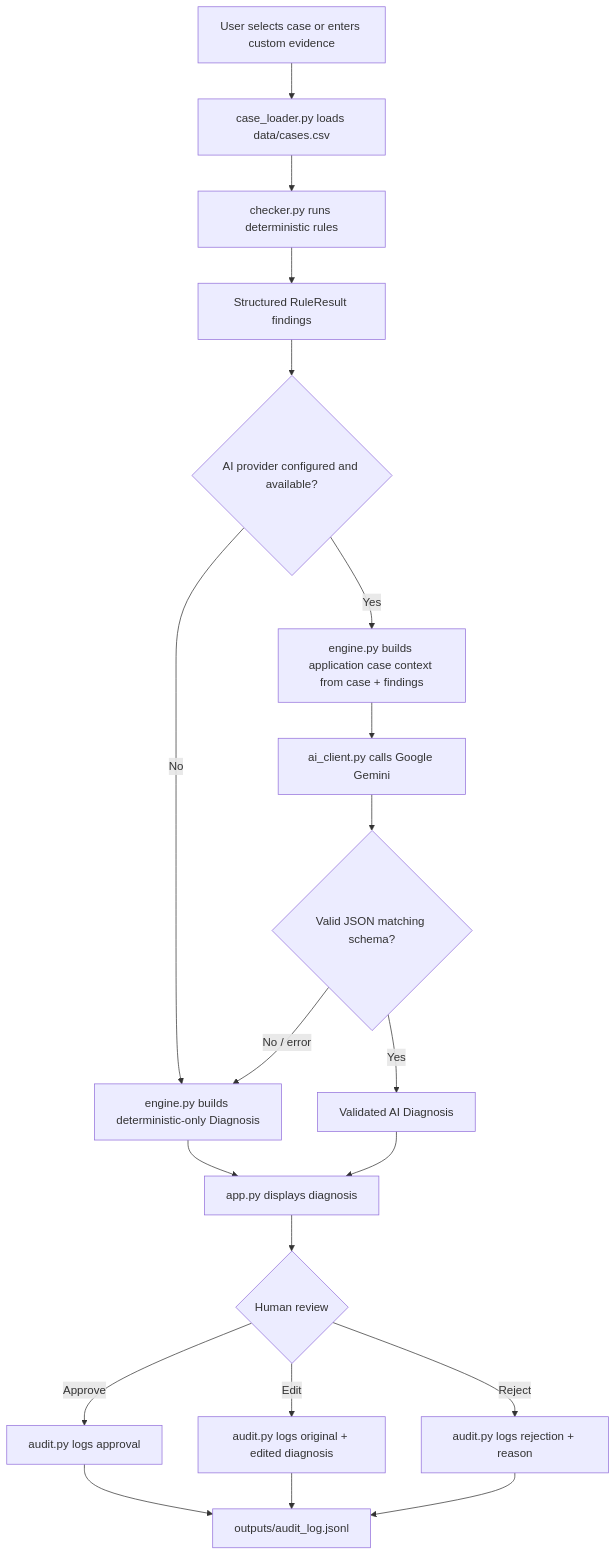
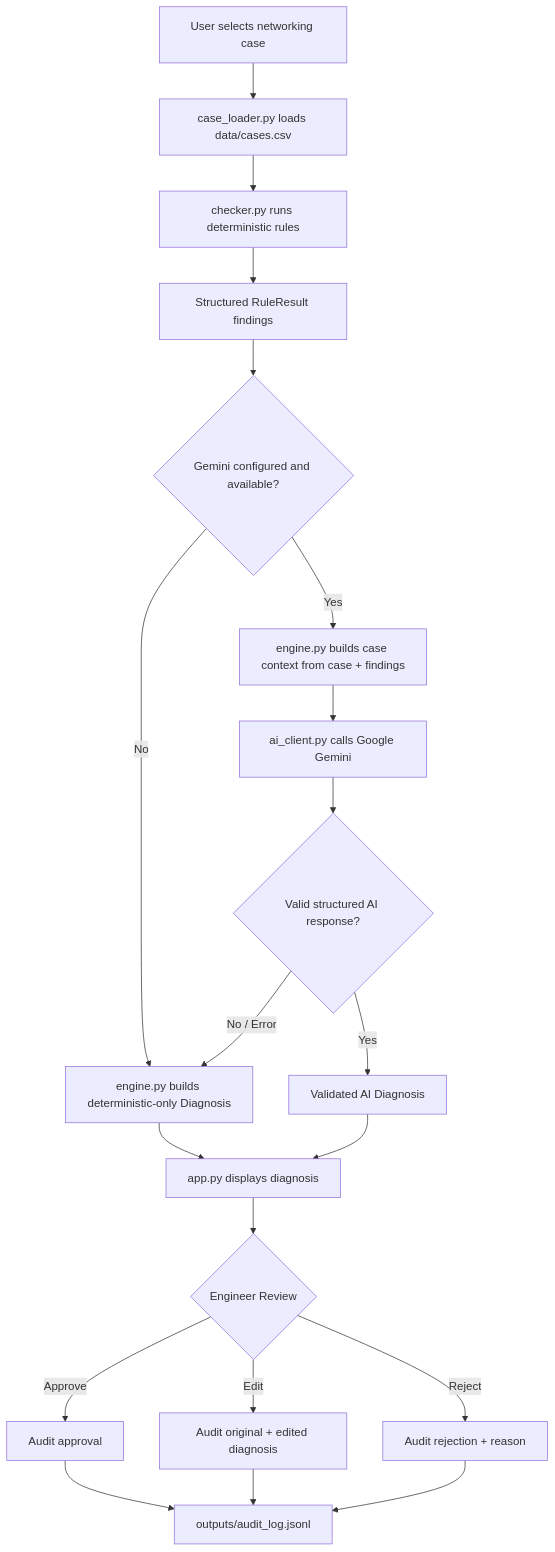
The diagram in docs/architecture.md (Vaibhav2176/NetSage-AI), drawn with Mermaid before and after one commit. The commit also changed other lines of this file and 3 other files, not shown here.

````diff
--- a/docs/architecture.md
+++ b/docs/architecture.md
@@ -41,22 +72,41 @@
 ```mermaid
 flowchart TD
-    A[User selects case or enters custom evidence] --> B[case_loader.py loads data/cases.csv]
+
+    A[User selects networking case] --> B[case_loader.py loads data/cases.csv]
+
     B --> C[checker.py runs deterministic rules]
+
     C --> D[Structured RuleResult findings]
-    D --> E{AI provider configured and available?}
+
+    D --> E{Gemini configured and available?}
+
     E -- No --> F[engine.py builds deterministic-only Diagnosis]
-    E -- Yes --> G[engine.py builds application case context from case + findings]
+
+    E -- Yes --> G[engine.py builds case context from case + findings]
+
     G --> H[ai_client.py calls Google Gemini]
-    H --> I{Valid JSON matching schema?}
-    I -- No / error --> F
+
+    H --> I{Valid structured AI response?}
+
+    I -- No / Error --> F
+
     I -- Yes --> J[Validated AI Diagnosis]
+
     F --> K[app.py displays diagnosis]
+
     J --> K
-    K --> L{Human review}
-    L -- Approve --> M[audit.py logs approval]
-    L -- Edit --> N[audit.py logs original + edited diagnosis]
-    L -- Reject --> O[audit.py logs rejection + reason]
+
+    K --> L{Engineer Review}
+
+    L -- Approve --> M[Audit approval]
+
+    L -- Edit --> N[Audit original + edited diagnosis]
+
+    L -- Reject --> O[Audit rejection + reason]
+
     M --> P[outputs/audit_log.jsonl]
+
     N --> P
+
     O --> P
 ```
````
